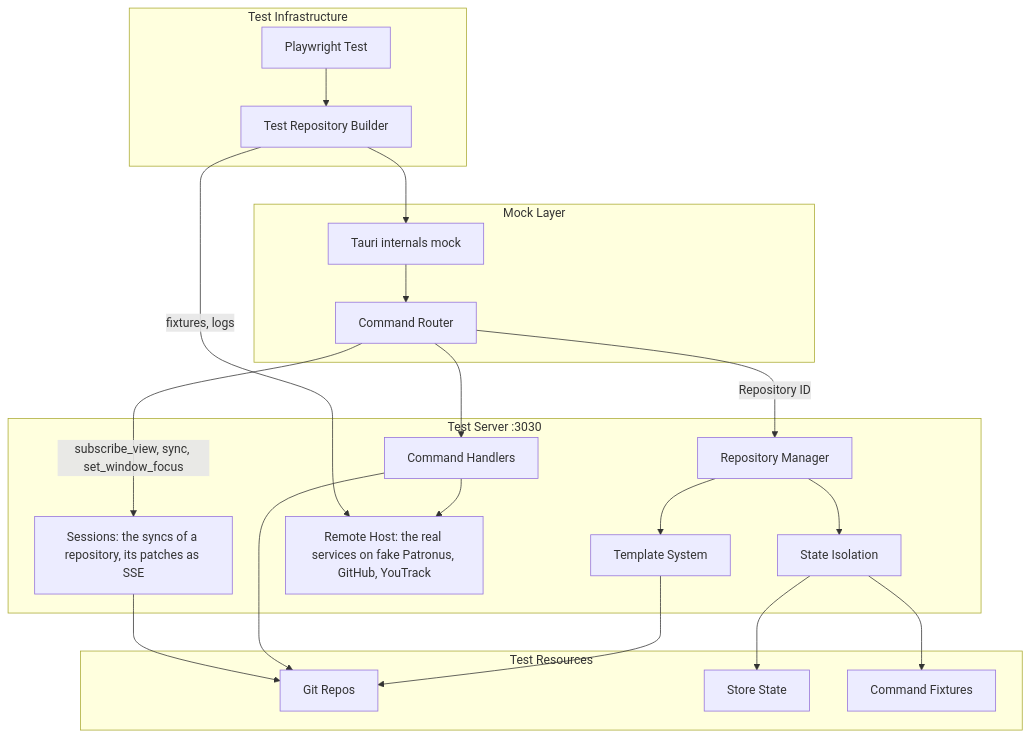
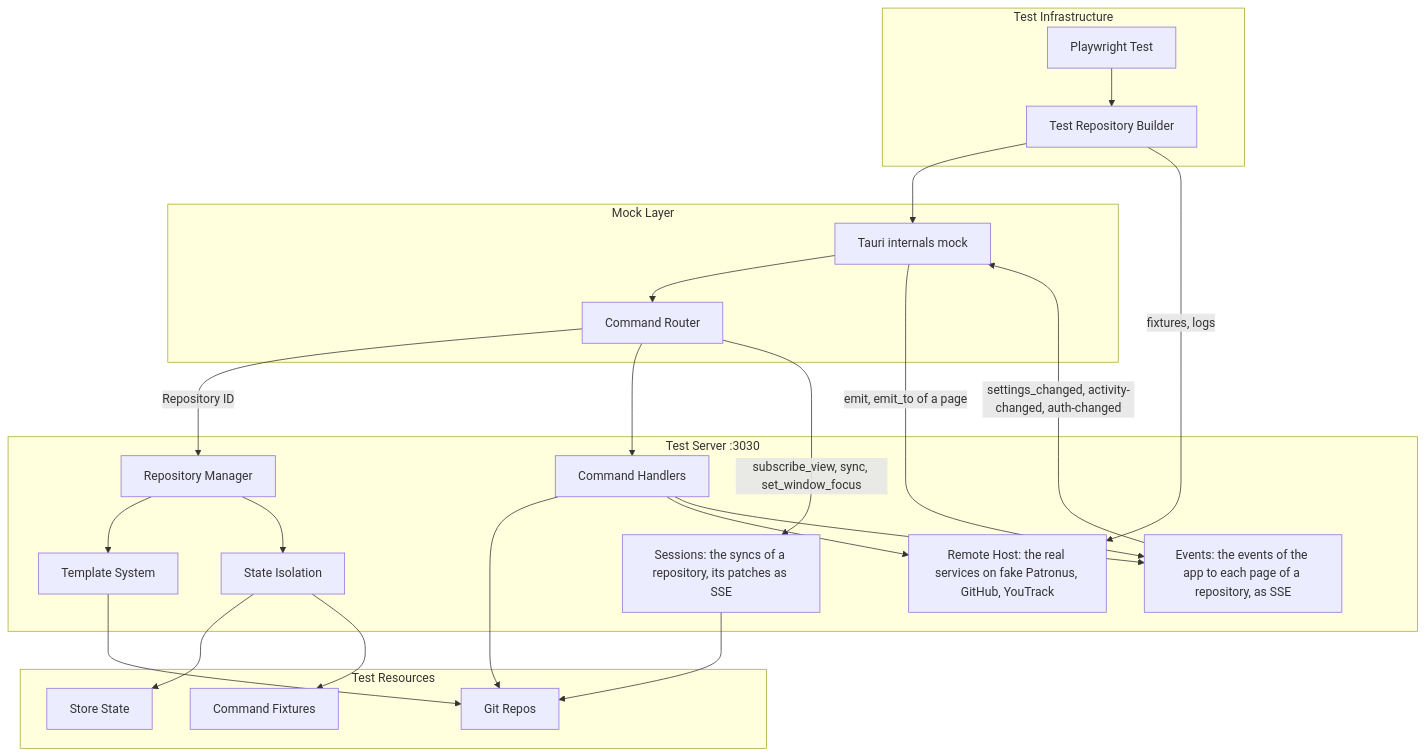
Before and after one commit to develar/branch-deck: the first of 2 diagrams in docs/design/e2e-testing.md, drawn with Mermaid. The commit also changed other lines of this file and 48 other files, not shown here.

````diff
--- a/docs/design/e2e-testing.md
+++ b/docs/design/e2e-testing.md
@@ -21,43 +21,47 @@
 ```mermaid
 flowchart TB
     subgraph "Test Infrastructure"
         A[Playwright Test]
         B[Test Repository Builder]
     end
     
     subgraph "Mock Layer"
         C[Tauri internals mock]
         D[Command Router]
     end
     
     subgraph "Test Server :3030"
         E[Repository Manager]
         F[Template System]
         G[State Isolation]
         H[Command Handlers]
         L[Remote Host: the real services on fake Patronus, GitHub, YouTrack]
         S[Sessions: the syncs of a repository, its patches as SSE]
+        EV[Events: the events of the app to each page of a repository, as SSE]
     end
     
     subgraph "Test Resources"
         I[Git Repos]
         J[Store State]
         K[Command Fixtures]
     end
     
     A --> B
     B --> C
     C --> D
     D -->|Repository ID| E
     E --> F
     F --> I
     E --> G
     G --> J
     G --> K
     D --> H
     H --> I
     H --> L
     D -->|subscribe_view, sync, set_window_focus| S
     S --> I
+    H --> EV
+    EV -->|settings_changed, activity-changed, auth-changed| C
+    C -->|emit, emit_to of a page| EV
     B -->|fixtures, logs| L
 ```
````
